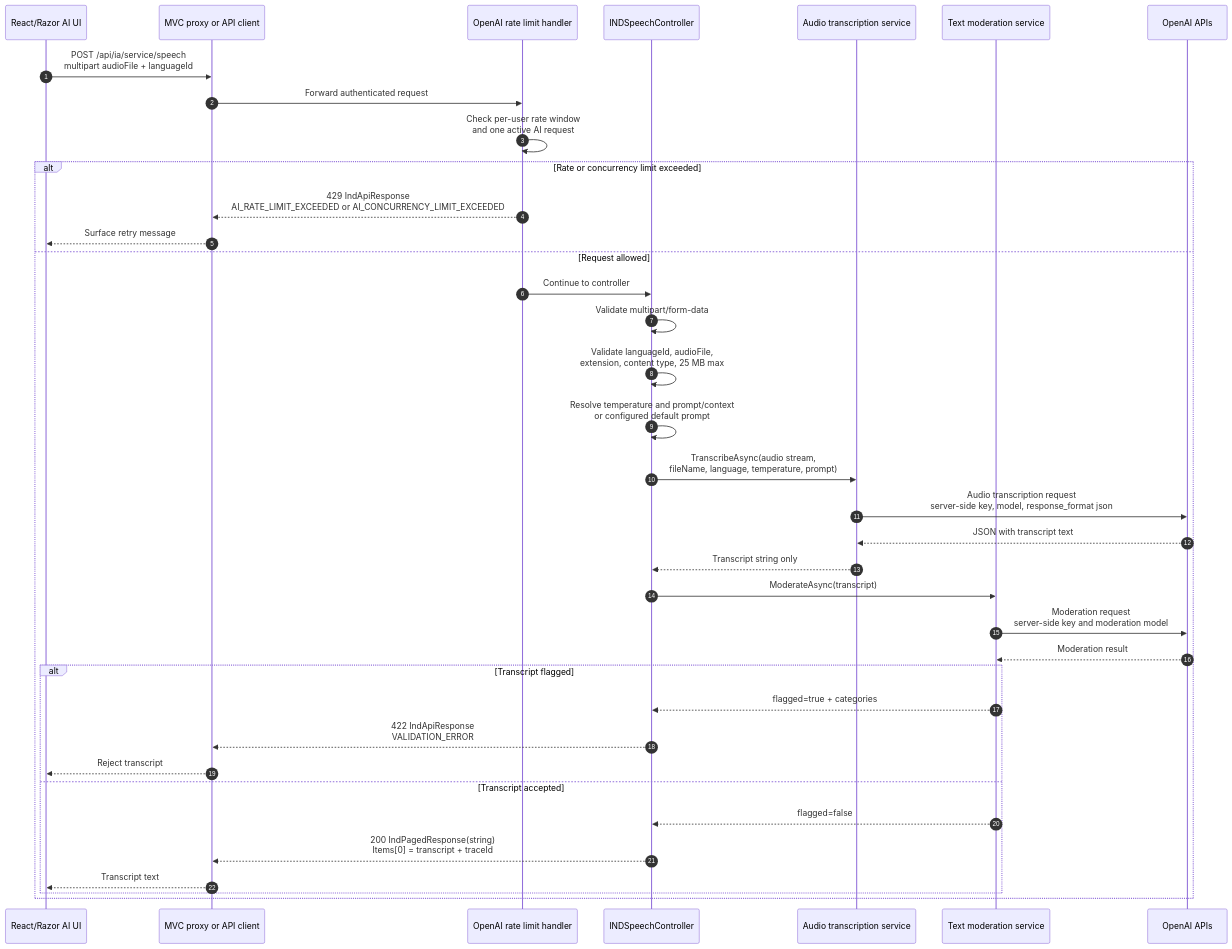
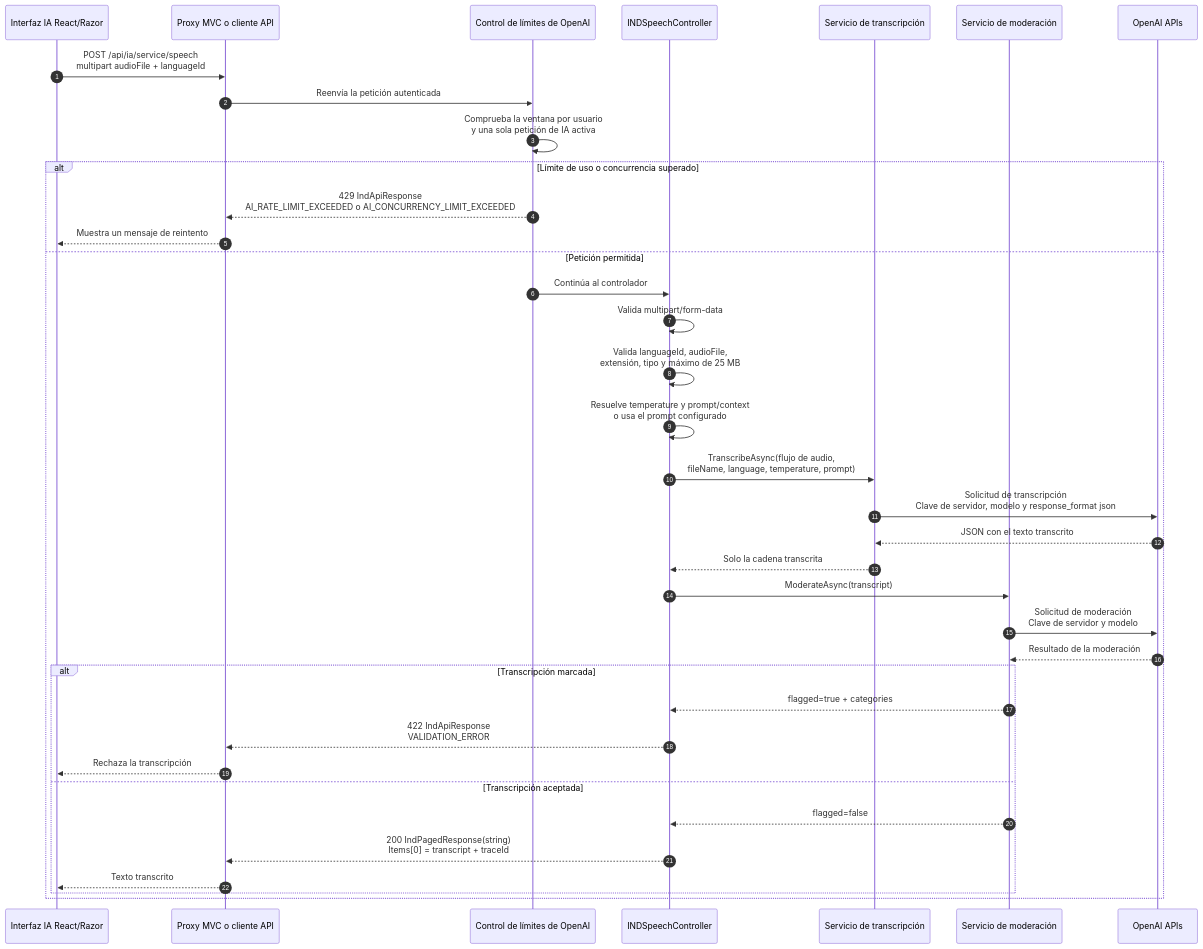
The diagram in docs/architecture/diagrams/technical/ai/ai-audio-transcription-sequence.md (INDMAME/IND_CRM_API), drawn with Mermaid before and after one commit. The commit also changed other lines of this file and 314 other files, not shown here.

````diff
--- a/docs/architecture/diagrams/technical/ai/ai-audio-transcription-sequence.md
+++ b/docs/architecture/diagrams/technical/ai/ai-audio-transcription-sequence.md
@@ -7,42 +6,42 @@
 ```mermaid
 sequenceDiagram
   autonumber
-  participant Ui as React/Razor AI UI
-  participant Proxy as MVC proxy or API client
-  participant Limit as OpenAI rate limit handler
+  participant Ui as Interfaz IA React/Razor
+  participant Proxy as Proxy MVC o cliente API
+  participant Limit as Control de límites de OpenAI
   participant Api as INDSpeechController
-  participant Speech as Audio transcription service
-  participant Mod as Text moderation service
+  participant Speech as Servicio de transcripción
+  participant Mod as Servicio de moderación
   participant OpenAI as OpenAI APIs
 
   Ui->>Proxy: POST /api/ia/service/speech<br/>multipart audioFile + languageId
-  Proxy->>Limit: Forward authenticated request
-  Limit->>Limit: Check per-user rate window<br/>and one active AI request
+  Proxy->>Limit: Reenvía la petición autenticada
+  Limit->>Limit: Comprueba la ventana por usuario<br/>y una sola petición de IA activa
 
-  alt Rate or concurrency limit exceeded
-    Limit-->>Proxy: 429 IndApiResponse<br/>AI_RATE_LIMIT_EXCEEDED or AI_CONCURRENCY_LIMIT_EXCEEDED
-    Proxy-->>Ui: Surface retry message
-  else Request allowed
-    Limit->>Api: Continue to controller
-    Api->>Api: Validate multipart/form-data
-    Api->>Api: Validate languageId, audioFile,<br/>extension, content type, 25 MB max
-    Api->>Api: Resolve temperature and prompt/context<br/>or configured default prompt
-    Api->>Speech: TranscribeAsync(audio stream,<br/>fileName, language, temperature, prompt)
-    Speech->>OpenAI: Audio transcription request<br/>server-side key, model, response_format json
-    OpenAI-->>Speech: JSON with transcript text
-    Speech-->>Api: Transcript string only
+  alt Límite de uso o concurrencia superado
+    Limit-->>Proxy: 429 IndApiResponse<br/>AI_RATE_LIMIT_EXCEEDED o AI_CONCURRENCY_LIMIT_EXCEEDED
+    Proxy-->>Ui: Muestra un mensaje de reintento
+  else Petición permitida
+    Limit->>Api: Continúa al controlador
+    Api->>Api: Valida multipart/form-data
+    Api->>Api: Valida languageId, audioFile,<br/>extensión, tipo y máximo de 25 MB
+    Api->>Api: Resuelve temperature y prompt/context<br/>o usa el prompt configurado
+    Api->>Speech: TranscribeAsync(flujo de audio,<br/>fileName, language, temperature, prompt)
+    Speech->>OpenAI: Solicitud de transcripción<br/>Clave de servidor, modelo y response_format json
+    OpenAI-->>Speech: JSON con el texto transcrito
+    Speech-->>Api: Solo la cadena transcrita
     Api->>Mod: ModerateAsync(transcript)
-    Mod->>OpenAI: Moderation request<br/>server-side key and moderation model
-    OpenAI-->>Mod: Moderation result
+    Mod->>OpenAI: Solicitud de moderación<br/>Clave de servidor y modelo
+    OpenAI-->>Mod: Resultado de la moderación
 
-    alt Transcript flagged
+    alt Transcripción marcada
       Mod-->>Api: flagged=true + categories
       Api-->>Proxy: 422 IndApiResponse<br/>VALIDATION_ERROR
-      Proxy-->>Ui: Reject transcript
-    else Transcript accepted
+      Proxy-->>Ui: Rechaza la transcripción
+    else Transcripción aceptada
       Mod-->>Api: flagged=false
       Api-->>Proxy: 200 IndPagedResponse(string)<br/>Items[0] = transcript + traceId
-      Proxy-->>Ui: Transcript text
+      Proxy-->>Ui: Texto transcrito
     end
   end
 ```
````
